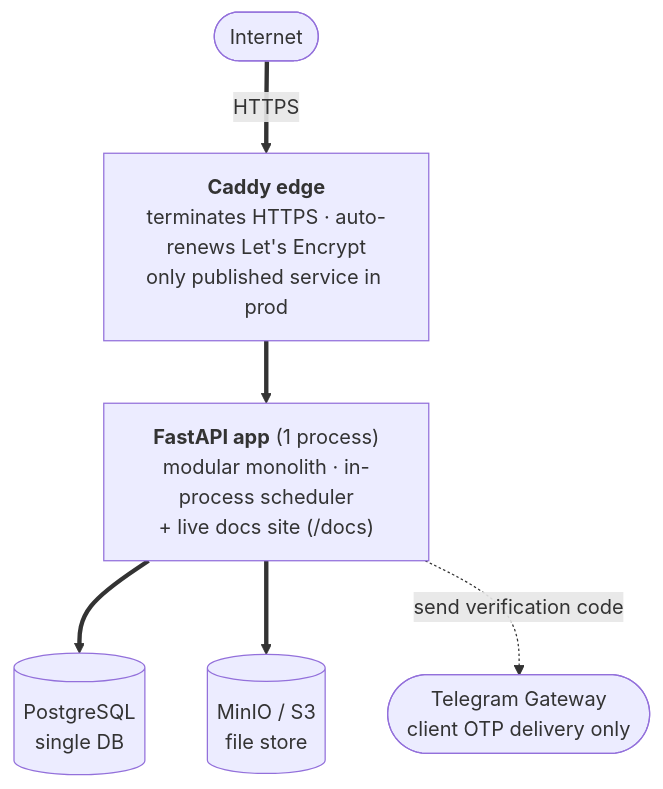
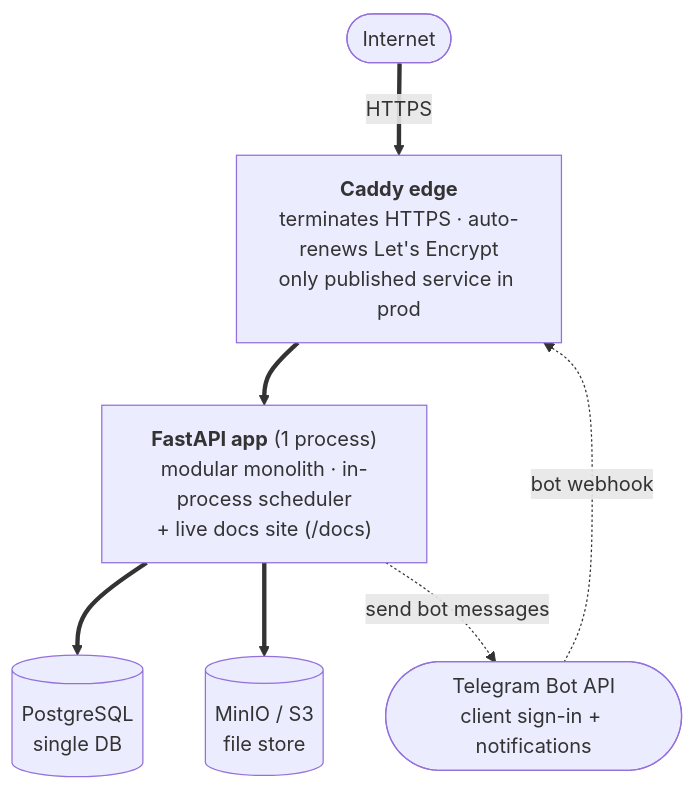
Before and after one commit to qadam-uz/mebel-pro: the diagram in docs/architecture.md, drawn with Mermaid. The commit also changed other lines of this file and 71 other files, not shown here.

````diff
--- a/docs/architecture.md
+++ b/docs/architecture.md
@@ -43,15 +43,16 @@
 ```mermaid
 flowchart TD
     Net([Internet])
     Edge["<b>Caddy edge</b><br/>terminates HTTPS · auto-renews Let's Encrypt<br/>only published service in prod"]
     App["<b>FastAPI app</b> (1 process)<br/>modular monolith · in-process scheduler<br/>+ live docs site (/docs)"]
     DB[("PostgreSQL<br/>single DB")]
     Files[("MinIO / S3<br/>file store")]
-    TG([Telegram Gateway<br/>client OTP delivery only])
+    TG([Telegram Bot API<br/>client sign-in + notifications])
 
     Net ==>|HTTPS| Edge
     Edge ==> App
     App ==> DB
     App ==> Files
-    App -.->|send verification code| TG
+    App -.->|send bot messages| TG
+    TG -.->|bot webhook| Edge
 ```
````
